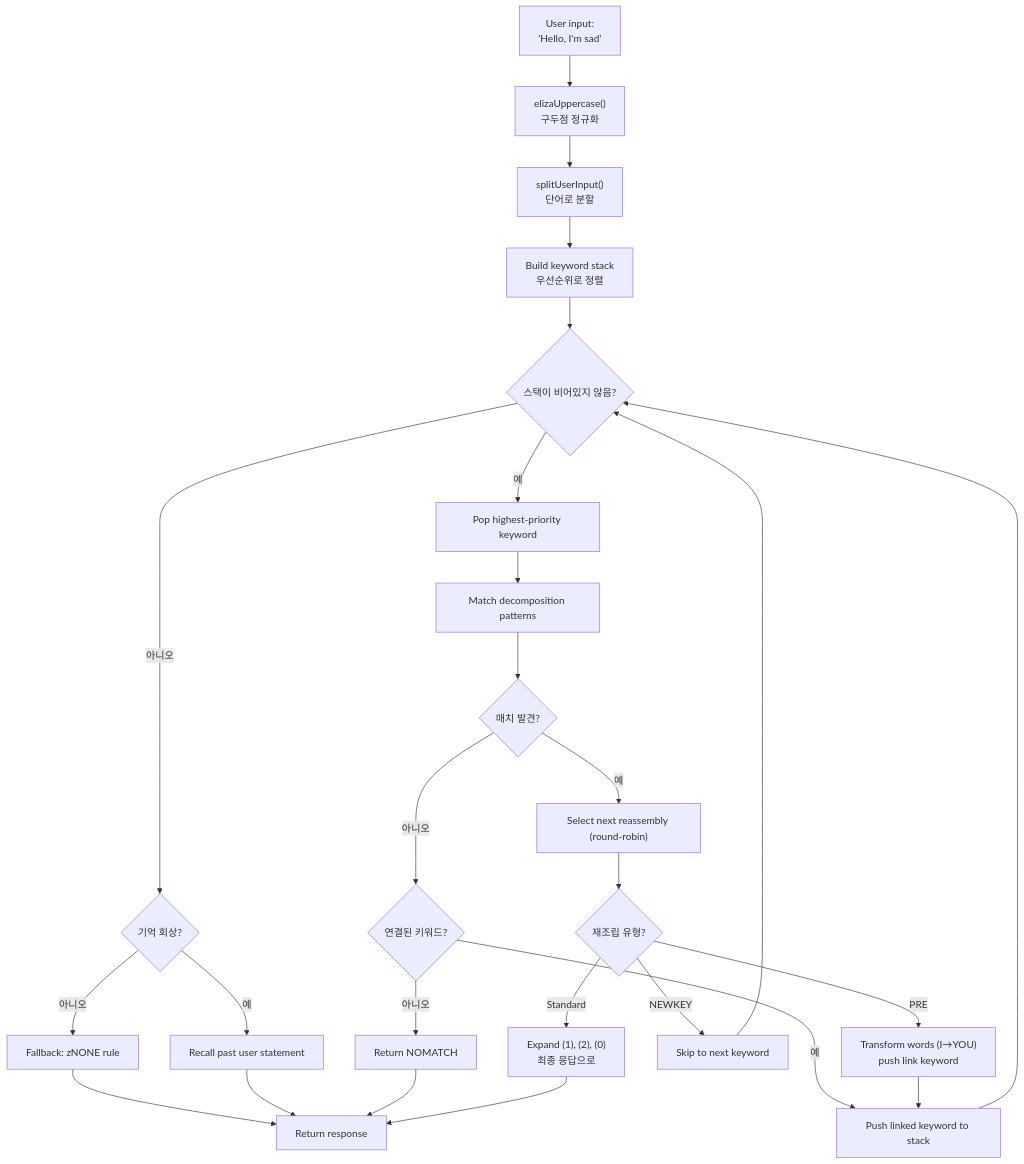
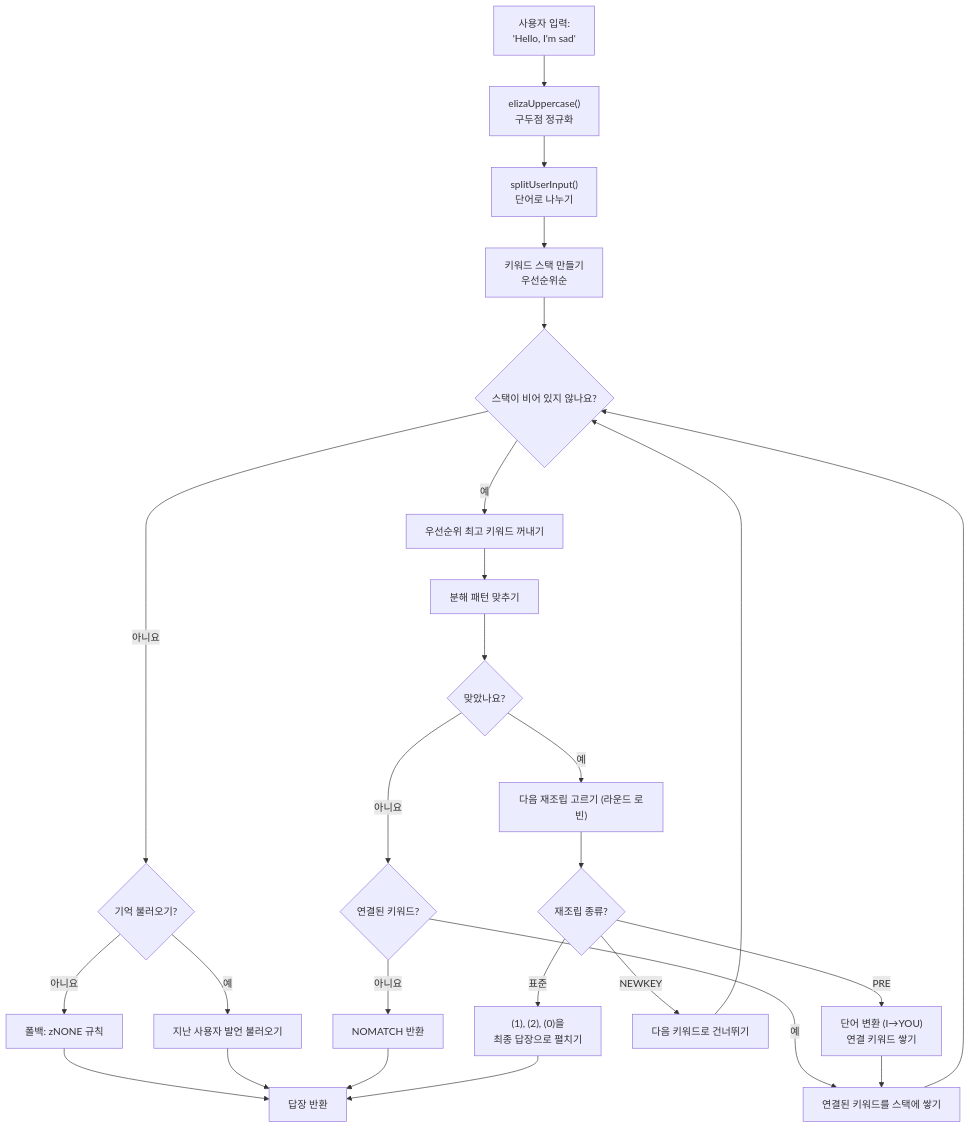
The first of 2 diagrams in public/articles/ko/from-eliza-to-llm-chatbots-typescript.md (fox3000foxy/fox3000foxy.github.io), drawn with Mermaid before and after one commit. The commit also changed other lines of this file and 576 other files, not shown here.

````diff
--- a/public/articles/ko/from-eliza-to-llm-chatbots-typescript.md
+++ b/public/articles/ko/from-eliza-to-llm-chatbots-typescript.md
@@ -93,28 +93,28 @@
 ```mermaid
 flowchart TD
-    A["User input:<br>'Hello, I'm sad'"] --> B["elizaUppercase()<br>구두점 정규화"]
-    B --> C["splitUserInput()<br>단어로 분할"]
-    C --> D["Build keyword stack<br>우선순위로 정렬"]
-    D --> E{"스택이 비어있지 않음?"}
-    E -->|"예"| F["Pop highest-priority keyword"]
-    E -->|"아니오"| G{"기억 회상?"}
-    G -->|"예"| H["Recall past user statement"]
-    G -->|"아니오"| I["Fallback: zNONE rule"]
-    I --> J["Return response"]
+    A["사용자 입력:<br>'Hello, I'm sad'"] --> B["elizaUppercase()<br>구두점 정규화"]
+    B --> C["splitUserInput()<br>단어로 나누기"]
+    C --> D["키워드 스택 만들기<br>우선순위순"]
+    D --> E{"스택이 비어 있지 않나요?"}
+    E -->|"예"| F["우선순위 최고 키워드 꺼내기"]
+    E -->|"아니요"| G{"기억 불러오기?"}
+    G -->|"예"| H["지난 사용자 발언 불러오기"]
+    G -->|"아니요"| I["폴백: zNONE 규칙"]
+    I --> J["답장 반환"]
     H --> J
-    F --> K["Match decomposition patterns"]
-    K --> L{"매치 발견?"}
-    L -->|"아니오"| M{"연결된 키워드?"}
-    M -->|"예"| N["Push linked keyword to stack"]
+    F --> K["분해 패턴 맞추기"]
+    K --> L{"맞았나요?"}
+    L -->|"아니요"| M{"연결된 키워드?"}
+    M -->|"예"| N["연결된 키워드를 스택에 쌓기"]
     N --> E
-    M -->|"아니오"| O["Return NOMATCH"]
+    M -->|"아니요"| O["NOMATCH 반환"]
     O --> J
-    L -->|"예"| P["Select next reassembly (round-robin)"]
-    P --> Q{"재조립 유형?"}
-    Q -->|"PRE"| R["Transform words (I→YOU)<br>push link keyword"]
+    L -->|"예"| P["다음 재조립 고르기 (라운드 로빈)"]
+    P --> Q{"재조립 종류?"}
+    Q -->|"PRE"| R["단어 변환 (I→YOU)<br>연결 키워드 쌓기"]
     R --> N
-    Q -->|"NEWKEY"| S["Skip to next keyword"]
+    Q -->|"NEWKEY"| S["다음 키워드로 건너뛰기"]
     S --> E
-    Q -->|"Standard"| T["Expand (1), (2), (0)<br>최종 응답으로"]
+    Q -->|"표준"| T["(1), (2), (0)을<br>최종 답장으로 펼치기"]
     T --> J
 ```
````
